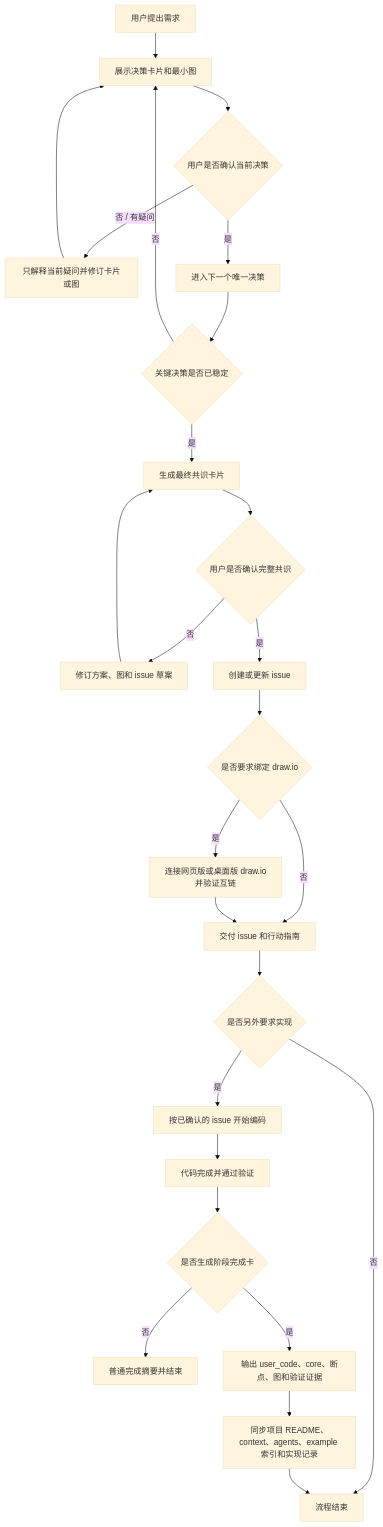
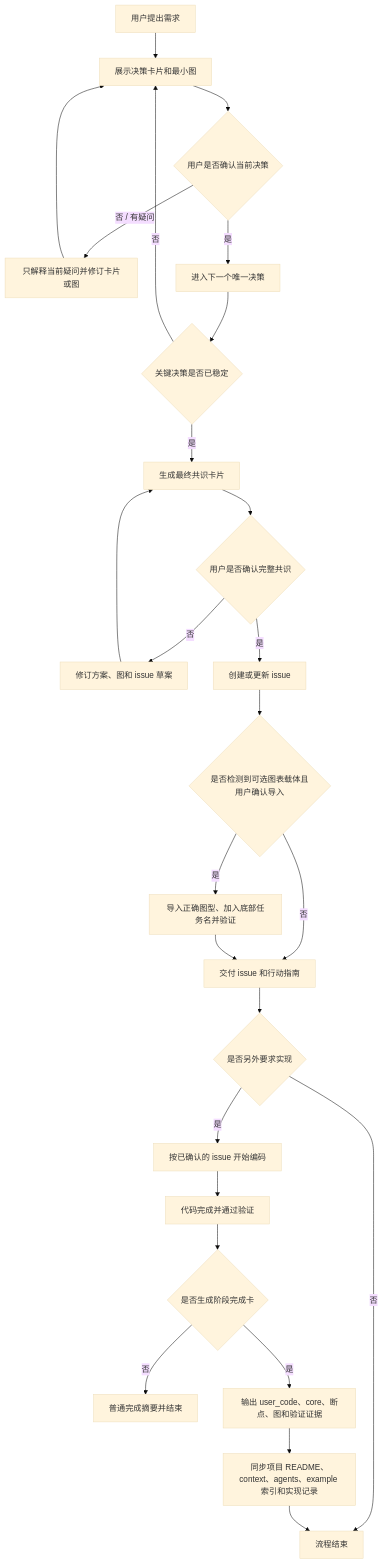
One commit to Chengyunlai/build-it-up changed the diagram in README.md. Above: the diagram before and after it, drawn with Mermaid (base theme). The commit also changed other lines of this file and 5 other files, not shown here.

First line of the commit message:
docs(drawio): 增加图型选择与任务命名规范

````diff
--- a/README.md
+++ b/README.md
@@ -66,28 +68,28 @@
 ```mermaid
 flowchart TD
     A[用户提出需求] --> B[展示决策卡片和最小图]
     B --> C{用户是否确认当前决策}
     C -- 否 / 有疑问 --> D[只解释当前疑问并修订卡片或图]
     D --> B
     C -- 是 --> E[进入下一个唯一决策]
     E --> F{关键决策是否已稳定}
     F -- 否 --> B
     F -- 是 --> G[生成最终共识卡片]
     G --> H{用户是否确认完整共识}
     H -- 否 --> I[修订方案、图和 issue 草案]
     I --> G
     H -- 是 --> J[创建或更新 issue]
-    J --> K{是否要求绑定 draw.io}
+    J --> K{是否检测到可选图表载体且用户确认导入}
     K -- 否 --> L[交付 issue 和行动指南]
-    K -- 是 --> M[连接网页版或桌面版 draw.io并验证互链]
+    K -- 是 --> M[导入正确图型、加入底部任务名并验证]
     M --> L
     L --> N{是否另外要求实现}
     N -- 是 --> O[按已确认的 issue 开始编码]
     N -- 否 --> P[流程结束]
     O --> Q[代码完成并通过验证]
     Q --> R{是否生成阶段完成卡}
     R -- 否 --> S[普通完成摘要并结束]
     R -- 是 --> T[输出 user_code、core、断点、图和验证证据]
     T --> U[同步项目 README、context、agents、example 索引和实现记录]
     U --> P
 ```
````
